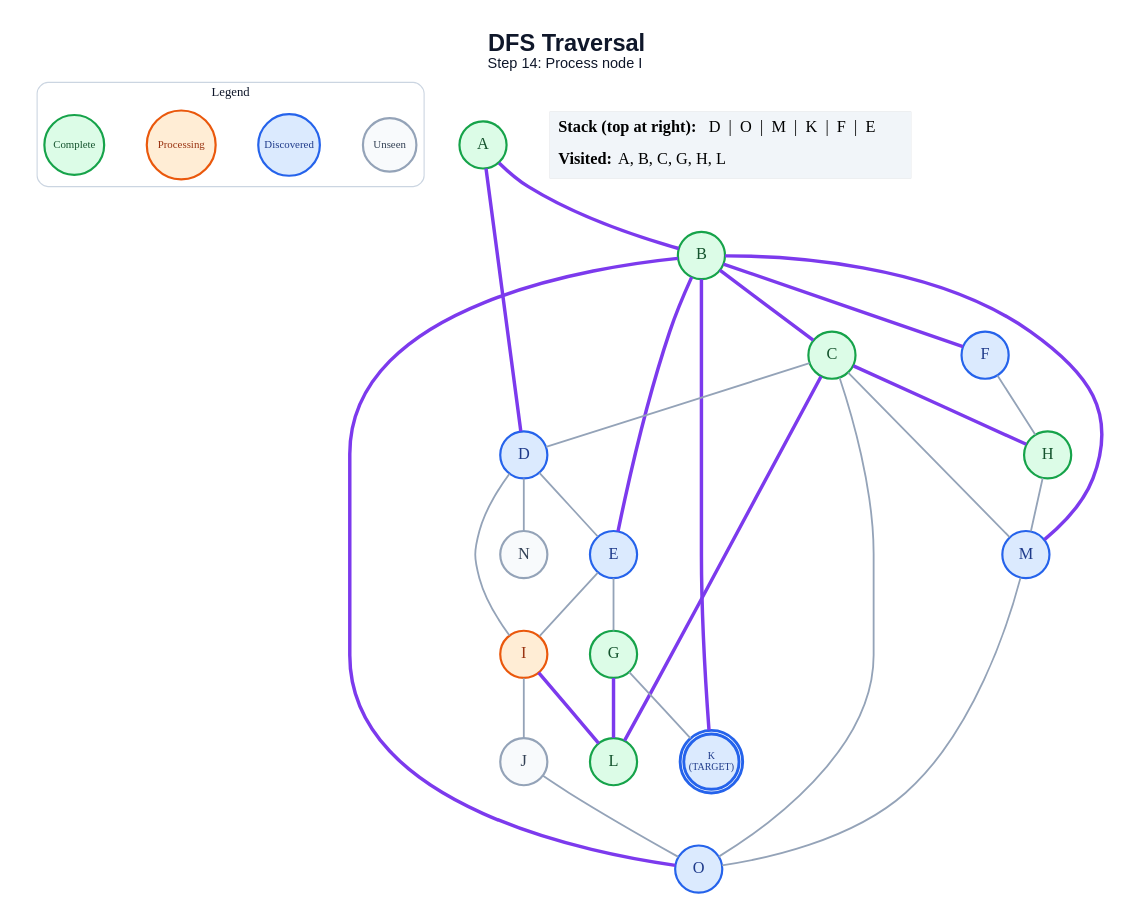
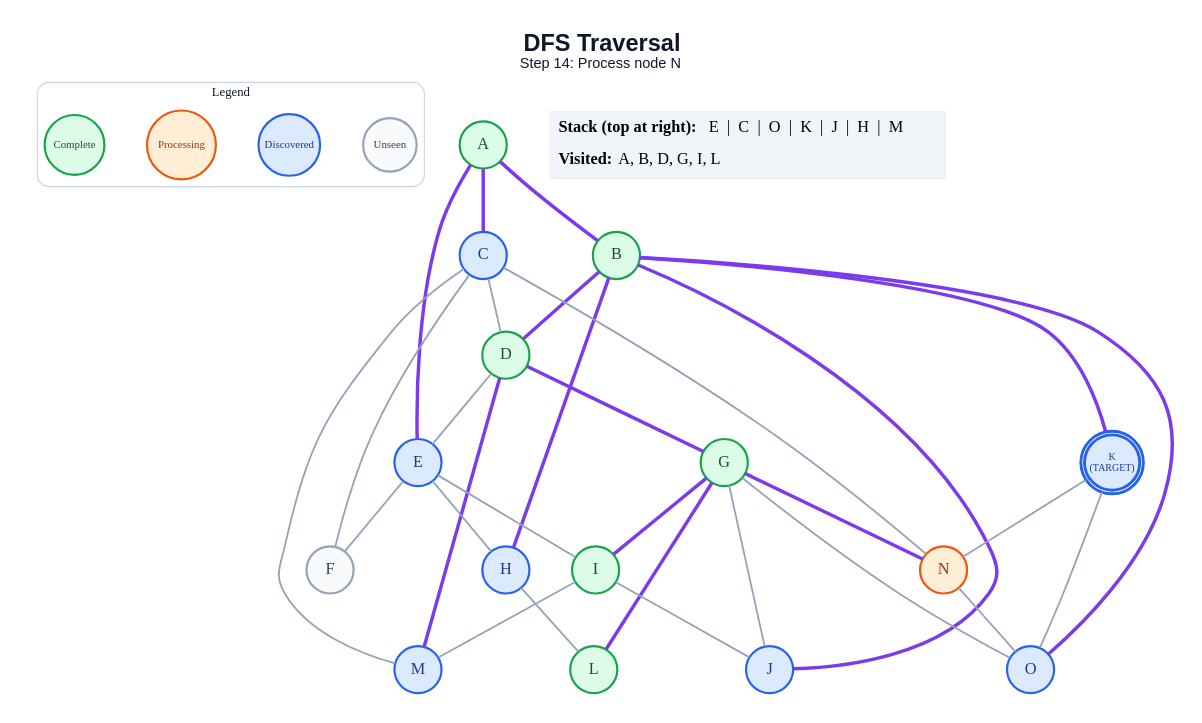
One commit to anon7238593-create/ai-slop changed the diagram in generated/dfs/step_14.dot. Above: the diagram before and after it, drawn with Graphviz. The commit also changed 209 other files, not shown here.

```diff
--- a/generated/dfs/step_14.dot
+++ b/generated/dfs/step_14.dot
@@ -1,60 +1,63 @@
 graph traversal {
   graph [layout=dot, rankdir=TB, bgcolor="#FFFFFF", pad="0.35", nodesep="0.65", ranksep="0.8", fontname="Arial"];
   node [shape=circle, style="filled", fontname="Arial Bold", fontsize=18, width=0.72, fixedsize=true, penwidth=2.4];
   edge [color="#94A3B8", penwidth=2.0];
-  label=<<B>DFS Traversal</B><BR/><FONT POINT-SIZE="16">Step 14: Process node I</FONT>>; labelloc="t"; fontsize=26; fontname="Arial"; fontcolor="#0F172A";
+  label=<<B>DFS Traversal</B><BR/><FONT POINT-SIZE="16">Step 14: Process node N</FONT>>; labelloc="t"; fontsize=26; fontname="Arial"; fontcolor="#0F172A";
   subgraph cluster_legend { label="Legend"; color="#CBD5E1"; penwidth=1.2; style="rounded"; fontsize=14; fontname="Arial Bold";
     key_unseen [label="Unseen", fillcolor="#F8FAFC", color="#94A3B8", fontcolor="#334155", fontsize=12, width=0.82];
     key_frontier [label="Discovered", fillcolor="#DBEAFE", color="#2563EB", fontcolor="#1E3A8A", fontsize=12, width=0.95];
     key_current [label="Processing", fillcolor="#FFEDD5", color="#EA580C", fontcolor="#9A3412", fontsize=12, width=1.05];
     key_done [label="Complete", fillcolor="#DCFCE7", color="#16A34A", fontcolor="#14532D", fontsize=12, width=0.92];
     { rank=same; key_unseen; key_frontier; key_current; key_done; }
   }
   A [label="A", fillcolor="#DCFCE7", color="#16A34A", fontcolor="#14532D", peripheries=1, penwidth=2.4];
   B [label="B", fillcolor="#DCFCE7", color="#16A34A", fontcolor="#14532D", peripheries=1, penwidth=2.4];
-  C [label="C", fillcolor="#DCFCE7", color="#16A34A", fontcolor="#14532D", peripheries=1, penwidth=2.4];
-  D [label="D", fillcolor="#DBEAFE", color="#2563EB", fontcolor="#1E3A8A", peripheries=1, penwidth=2.4];
+  C [label="C", fillcolor="#DBEAFE", color="#2563EB", fontcolor="#1E3A8A", peripheries=1, penwidth=2.4];
+  D [label="D", fillcolor="#DCFCE7", color="#16A34A", fontcolor="#14532D", peripheries=1, penwidth=2.4];
   E [label="E", fillcolor="#DBEAFE", color="#2563EB", fontcolor="#1E3A8A", peripheries=1, penwidth=2.4];
-  F [label="F", fillcolor="#DBEAFE", color="#2563EB", fontcolor="#1E3A8A", peripheries=1, penwidth=2.4];
+  F [label="F", fillcolor="#F8FAFC", color="#94A3B8", fontcolor="#334155", peripheries=1, penwidth=2.4];
   G [label="G", fillcolor="#DCFCE7", color="#16A34A", fontcolor="#14532D", peripheries=1, penwidth=2.4];
-  H [label="H", fillcolor="#DCFCE7", color="#16A34A", fontcolor="#14532D", peripheries=1, penwidth=2.4];
-  I [label="I", fillcolor="#FFEDD5", color="#EA580C", fontcolor="#9A3412", peripheries=1, penwidth=2.4];
-  J [label="J", fillcolor="#F8FAFC", color="#94A3B8", fontcolor="#334155", peripheries=1, penwidth=2.4];
+  H [label="H", fillcolor="#DBEAFE", color="#2563EB", fontcolor="#1E3A8A", peripheries=1, penwidth=2.4];
+  I [label="I", fillcolor="#DCFCE7", color="#16A34A", fontcolor="#14532D", peripheries=1, penwidth=2.4];
+  J [label="J", fillcolor="#DBEAFE", color="#2563EB", fontcolor="#1E3A8A", peripheries=1, penwidth=2.4];
   K [label="K\n(TARGET)", fillcolor="#DBEAFE", color="#2563EB", fontcolor="#1E3A8A", peripheries=2, penwidth=3.2, fontsize=11, width=0.85, height=0.85];
   L [label="L", fillcolor="#DCFCE7", color="#16A34A", fontcolor="#14532D", peripheries=1, penwidth=2.4];
   M [label="M", fillcolor="#DBEAFE", color="#2563EB", fontcolor="#1E3A8A", peripheries=1, penwidth=2.4];
-  N [label="N", fillcolor="#F8FAFC", color="#94A3B8", fontcolor="#334155", peripheries=1, penwidth=2.4];
+  N [label="N", fillcolor="#FFEDD5", color="#EA580C", fontcolor="#9A3412", peripheries=1, penwidth=2.4];
   O [label="O", fillcolor="#DBEAFE", color="#2563EB", fontcolor="#1E3A8A", peripheries=1, penwidth=2.4];
   A -- B [color="#7C3AED", penwidth=3.8];
-  A -- D [color="#7C3AED", penwidth=3.8];
-  B -- C [color="#7C3AED", penwidth=3.8];
-  B -- E [color="#7C3AED", penwidth=3.8];
-  B -- F [color="#7C3AED", penwidth=3.8];
+  A -- C [color="#7C3AED", penwidth=3.8];
+  A -- E [color="#7C3AED", penwidth=3.8];
+  B -- D [color="#7C3AED", penwidth=3.8];
+  B -- H [color="#7C3AED", penwidth=3.8];
+  B -- J [color="#7C3AED", penwidth=3.8];
   B -- K [color="#7C3AED", penwidth=3.8];
-  B -- M [color="#7C3AED", penwidth=3.8];
   B -- O [color="#7C3AED", penwidth=3.8];
   C -- D;
-  C -- H [color="#7C3AED", penwidth=3.8];
-  C -- L [color="#7C3AED", penwidth=3.8];
+  C -- F;
   C -- M;
-  C -- O;
+  C -- N;
   D -- E;
-  D -- I;
-  D -- N;
-  E -- G;
+  D -- G [color="#7C3AED", penwidth=3.8];
+  D -- M [color="#7C3AED", penwidth=3.8];
+  E -- F;
+  E -- H;
   E -- I;
-  F -- H;
-  G -- K;
+  G -- I [color="#7C3AED", penwidth=3.8];
+  G -- J;
   G -- L [color="#7C3AED", penwidth=3.8];
-  H -- M;
+  G -- N [color="#7C3AED", penwidth=3.8];
+  G -- O;
+  H -- L;
   I -- J;
-  I -- L [color="#7C3AED", penwidth=3.8];
-  J -- O;
-  M -- O;
+  I -- M;
+  K -- N;
+  K -- O;
+  N -- O;
   status [shape=plain, fixedsize=false, width=0, height=0, margin=0, label=<
     <TABLE BORDER="0" CELLBORDER="0" CELLPADDING="7" BGCOLOR="#F1F5F9">
-      <TR><TD ALIGN="LEFT"><B>Stack (top at right):</B> D  |  O  |  M  |  K  |  F  |  E</TD></TR>
-      <TR><TD ALIGN="LEFT"><B>Visited:</B> A, B, C, G, H, L</TD></TR>
+      <TR><TD ALIGN="LEFT"><B>Stack (top at right):</B> E  |  C  |  O  |  K  |  J  |  H  |  M</TD></TR>
+      <TR><TD ALIGN="LEFT"><B>Visited:</B> A, B, D, G, I, L</TD></TR>
     </TABLE>
   >];
 }
```
